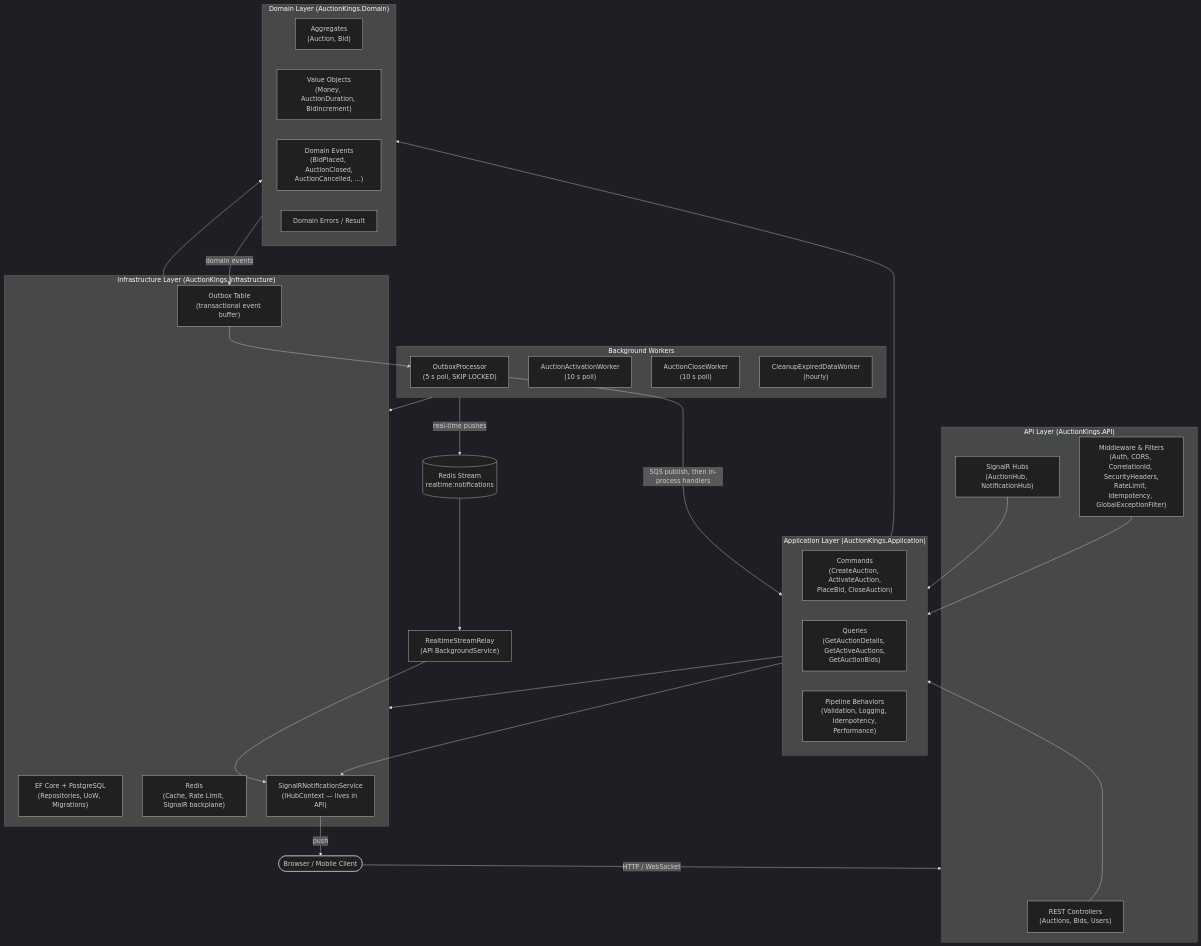
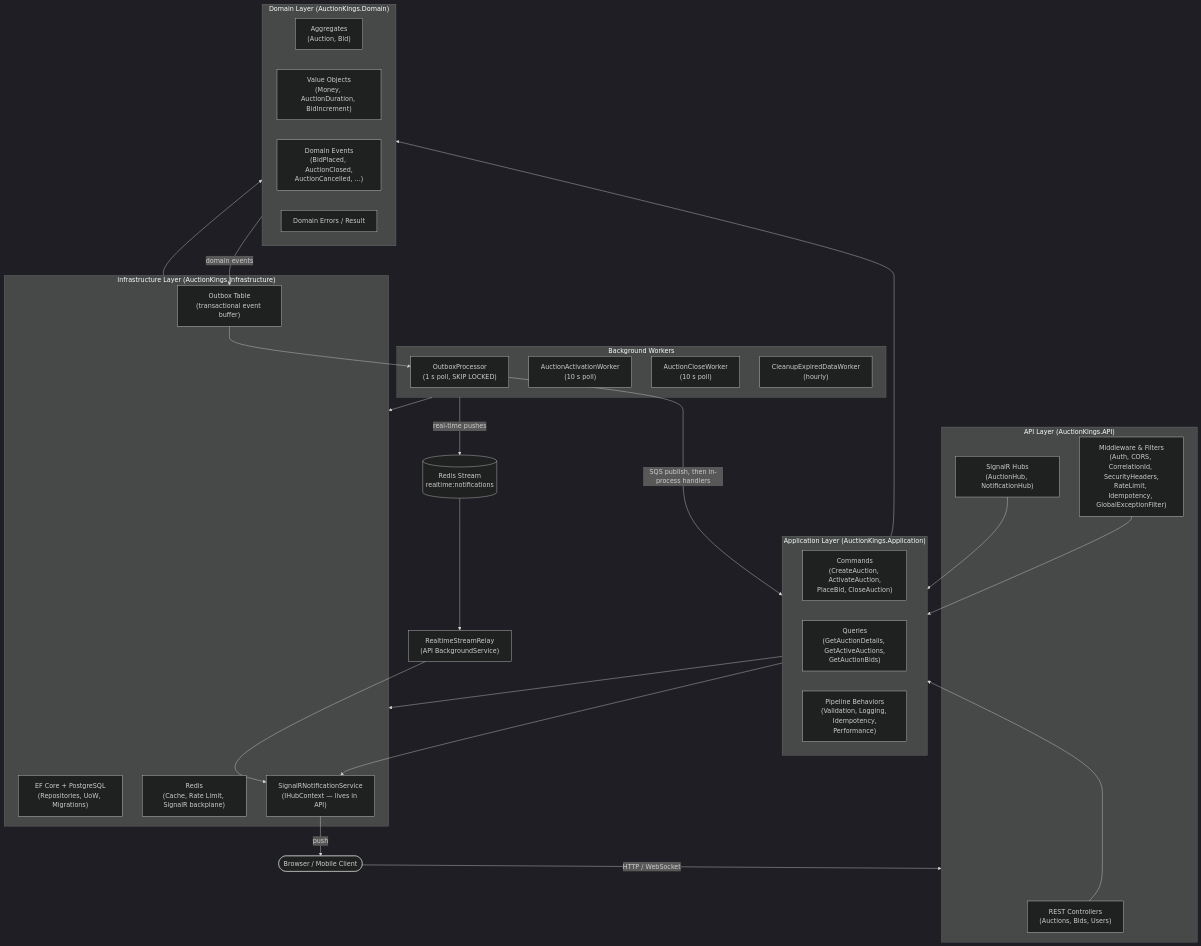
Before and after one commit to giopellizzoni/auction-kings: the diagram in docs/architecture.md, drawn with Mermaid (dark theme). The commit also changed other lines of this file and 16 other files, not shown here.

````diff
--- a/docs/architecture.md
+++ b/docs/architecture.md
@@ -47,57 +47,57 @@
 ```mermaid
 graph TD
     Client([Browser / Mobile Client])
 
     subgraph API["API Layer (AuctionKings.API)"]
         Controllers["REST Controllers\n(Auctions, Bids, Users)"]
         Hubs["SignalR Hubs\n(AuctionHub, NotificationHub)"]
         Middleware["Middleware & Filters\n(Auth, CORS, CorrelationId, SecurityHeaders,\nRateLimit, Idempotency, GlobalExceptionFilter)"]
     end
 
     subgraph Application["Application Layer (AuctionKings.Application)"]
         Commands["Commands\n(CreateAuction, ActivateAuction,\nPlaceBid, CloseAuction)"]
         Queries["Queries\n(GetAuctionDetails, GetActiveAuctions,\nGetAuctionBids)"]
         Behaviors["Pipeline Behaviors\n(Validation, Logging, Idempotency,\nPerformance)"]
     end
 
     subgraph Domain["Domain Layer (AuctionKings.Domain)"]
         Aggregates["Aggregates\n(Auction, Bid)"]
         ValueObjects["Value Objects\n(Money, AuctionDuration, BidIncrement)"]
         DomainEvents["Domain Events\n(BidPlaced, AuctionClosed,\nAuctionCancelled, ...)"]
         DomainErrors["Domain Errors / Result"]
     end
 
     subgraph Infrastructure["Infrastructure Layer (AuctionKings.Infrastructure)"]
         EF["EF Core + PostgreSQL\n(Repositories, UoW, Migrations)"]
         Outbox["Outbox Table\n(transactional event buffer)"]
         Redis["Redis\n(Cache, Rate Limit, SignalR backplane)"]
         SignalRNotif["SignalRNotificationService\n(IHubContext — lives in API)"]
     end
 
     subgraph Workers["Background Workers"]
-        OutboxProc["OutboxProcessor\n(5 s poll, SKIP LOCKED)"]
+        OutboxProc["OutboxProcessor\n(1 s poll, SKIP LOCKED)"]
         ActivationWorker["AuctionActivationWorker\n(10 s poll)"]
         CloseWorker["AuctionCloseWorker\n(10 s poll)"]
         CleanupWorker["CleanupExpiredDataWorker\n(hourly)"]
     end
 
     Stream[("Redis Stream\nrealtime:notifications")]
     Relay["RealtimeStreamRelay\n(API BackgroundService)"]
 
     Client -->|HTTP / WebSocket| API
     Controllers --> Application
     Hubs --> Application
     Middleware --> Application
     Application --> Domain
     Application --> Infrastructure
     Infrastructure --> Domain
     Workers --> Infrastructure
     Domain -->|domain events| Outbox
     Outbox --> OutboxProc
     OutboxProc -->|SQS publish, then in-process handlers| Application
     Application --> SignalRNotif
     Workers -->|real-time pushes| Stream
     Stream --> Relay
     Relay --> SignalRNotif
     SignalRNotif -->|push| Client
 ```
````
